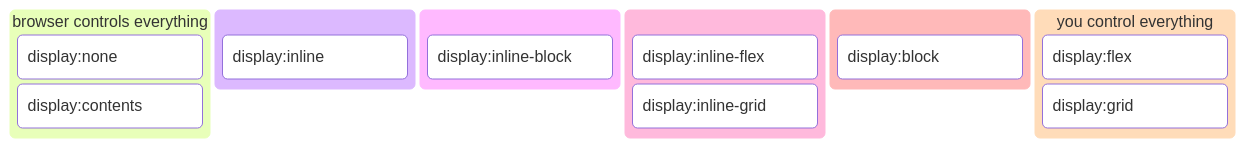
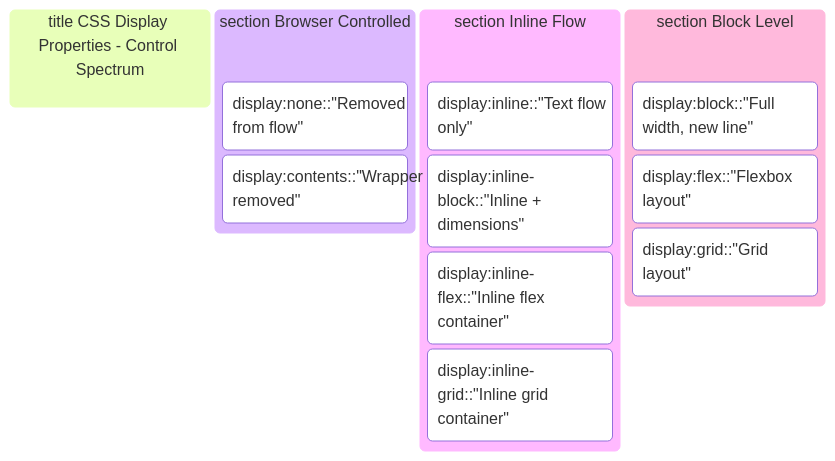
The first of 5 diagrams in css/dispay.md (MaxwellCohen/cheat-sheets), drawn with Mermaid before and after one commit. The commit also changed other lines of this file, not shown here.

First line of the commit message:
Enhance CSS display properties documentation with detailed explanations and examples

````diff
--- a/css/dispay.md
+++ b/css/dispay.md
@@ -5,19 +5,16 @@
 ```mermaid
 kanban
-    column1["browser controls everything"]
-        task1["display:none"]
-        task2["display:contents"]
-    column2a[" "]
-        task4["display:inline"]
-    column2[" "]
-        task5["display:inline-block"]
-    column3[" "]
-        task6["display:inline-flex"]
-        task7["display:inline-grid"]
-    column4[" "]
-        task3["display:block"]
-    column5["you control everything"]
-        task8["display:flex"]
-        task9["display:grid"]
-
+    title CSS Display Properties - Control Spectrum
+    section Browser Controlled
+        display:none::"Removed from flow"
+        display:contents::"Wrapper removed"
+    section Inline Flow
+        display:inline::"Text flow only"
+        display:inline-block::"Inline + dimensions"
+        display:inline-flex::"Inline flex container"
+        display:inline-grid::"Inline grid container"
+    section Block Level
+        display:block::"Full width, new line"
+        display:flex::"Flexbox layout"
+        display:grid::"Grid layout"
 ```
````
